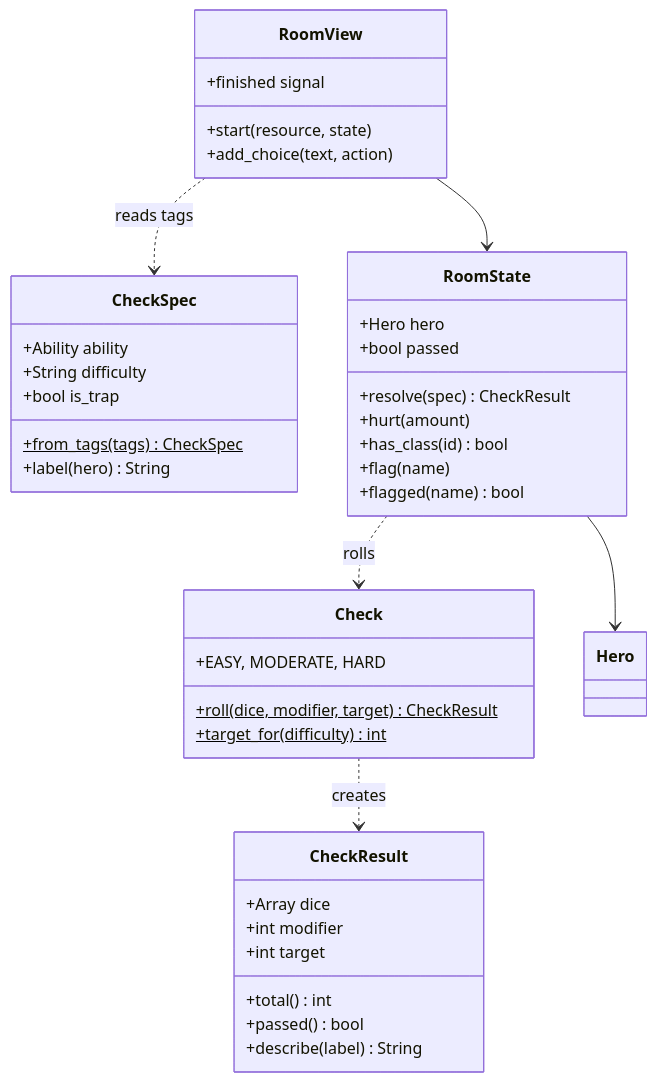
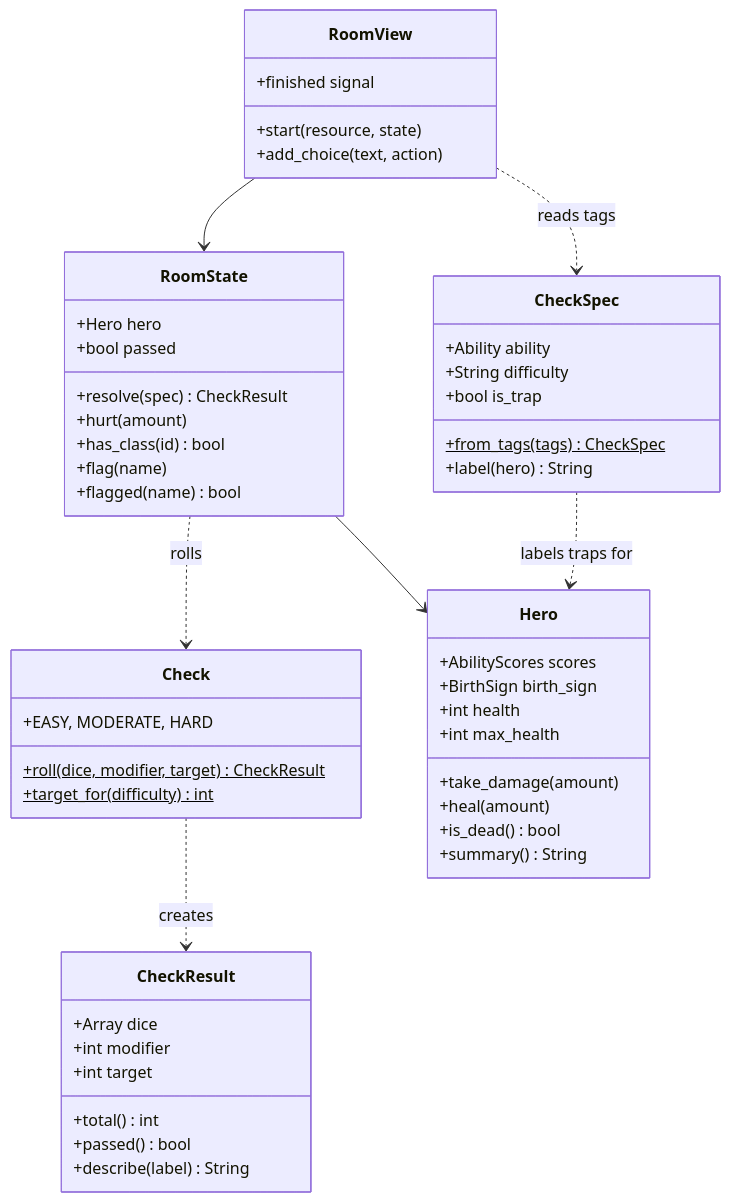
The third of 3 diagrams in docs/03-room-narrative.md (Macavitymadcap/five-room-dungeon-roguelite), drawn with Mermaid before and after one commit.

Commit message:
docs: update missing hero segment of diagramwq

````diff
--- a/docs/03-room-narrative.md
+++ b/docs/03-room-narrative.md
@@ -120,42 +120,53 @@
 ```mermaid
 classDiagram
     class Check {
         +EASY, MODERATE, HARD
         +roll(dice, modifier, target)$ CheckResult
         +target_for(difficulty)$ int
     }
     class CheckResult {
         +Array dice
         +int modifier
         +int target
         +total() int
         +passed() bool
         +describe(label) String
     }
     class CheckSpec {
         +Ability ability
         +String difficulty
         +bool is_trap
         +from_tags(tags)$ CheckSpec
         +label(hero) String
     }
     class RoomState {
         +Hero hero
         +bool passed
         +resolve(spec) CheckResult
         +hurt(amount)
         +has_class(id) bool
         +flag(name)
         +flagged(name) bool
     }
+    class Hero {
+        +AbilityScores scores
+        +BirthSign birth_sign
+        +int health
+        +int max_health
+        +take_damage(amount)
+        +heal(amount)
+        +is_dead() bool
+        +summary() String
+    }
     class RoomView {
         +finished signal
         +start(resource, state)
         +add_choice(text, action)
     }
     Check ..> CheckResult : creates
     RoomState ..> Check : rolls
     RoomState --> Hero
+    CheckSpec ..> Hero : labels traps for
     RoomView ..> CheckSpec : reads tags
     RoomView --> RoomState
 ```
````
